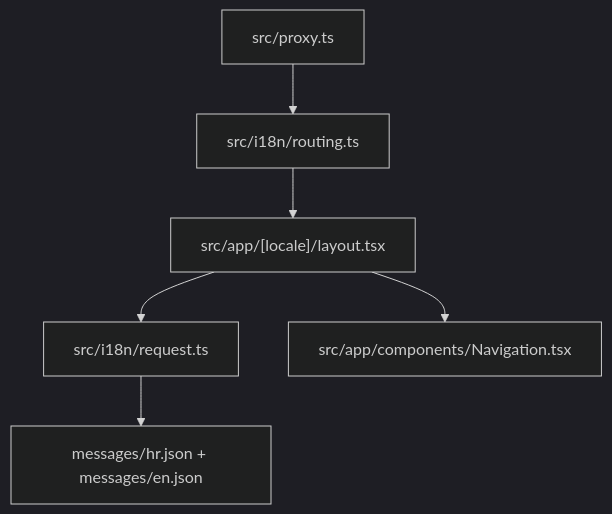
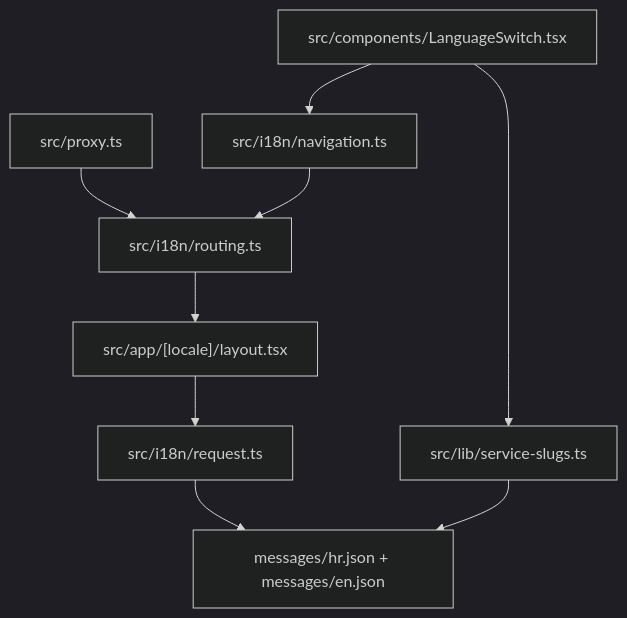
Before and after one commit to ipavic933-spec/website-pavic: the diagram in lode/i18n/summary.md, drawn with Mermaid (dark theme). The commit also changed other lines of this file and 9 other files, not shown here.

````diff
--- a/lode/i18n/summary.md
+++ b/lode/i18n/summary.md
@@ -10,8 +12,11 @@
 ```mermaid
 flowchart TD
   Proxy["src/proxy.ts"] --> Routing["src/i18n/routing.ts"]
   Routing --> LocaleLayout["src/app/[locale]/layout.tsx"]
   LocaleLayout --> Request["src/i18n/request.ts"]
   Request --> Messages["messages/hr.json + messages/en.json"]
-  LocaleLayout --> Navigation["src/app/components/Navigation.tsx"]
+  LanguageSwitch["src/components/LanguageSwitch.tsx"] --> NavigationHelpers["src/i18n/navigation.ts"]
+  LanguageSwitch --> ServiceSlugLookup["src/lib/service-slugs.ts"]
+  ServiceSlugLookup --> Messages
+  NavigationHelpers --> Routing
 ```
````
